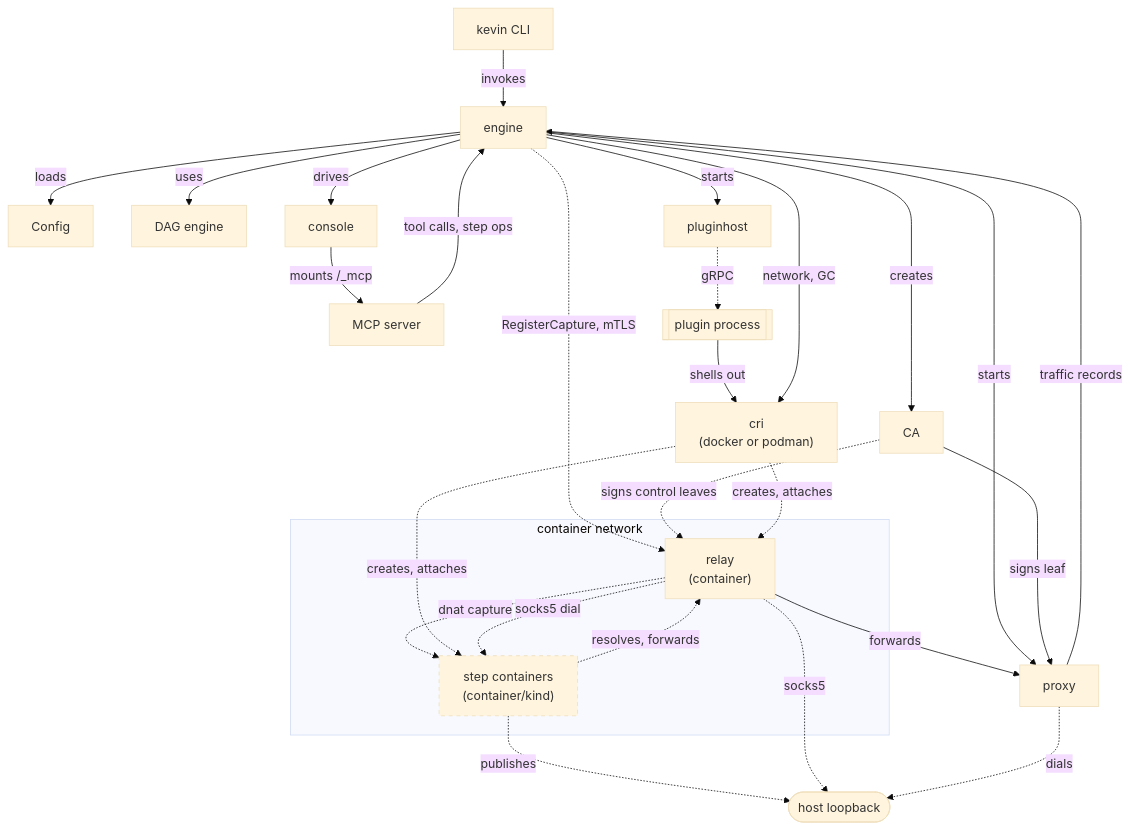
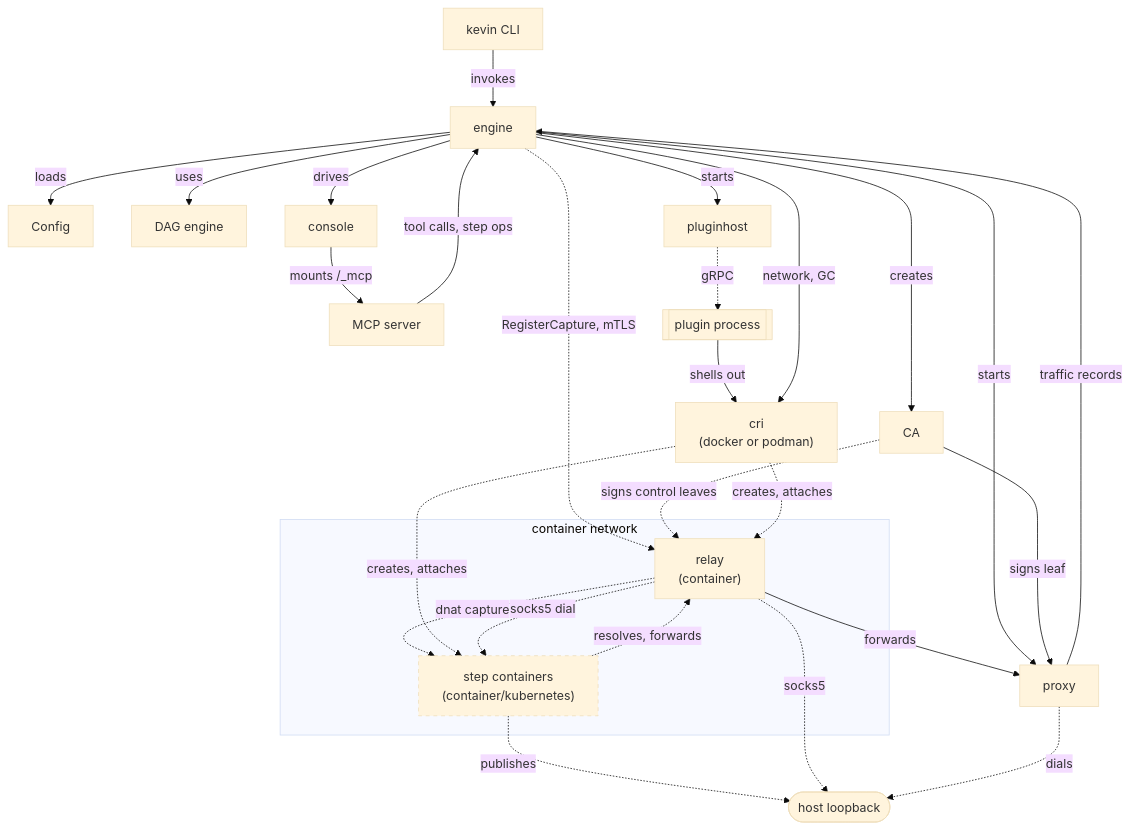
One commit to justenwalker/kevin changed the diagram in docs/site/content/docs/concepts/architecture.md. Above: the diagram before and after it, drawn with Mermaid (base theme). The commit also changed 91 other files, not shown here.

First line of the commit message:
feat(kubernetes): add builtin:kubernetes with a kind driver

````diff
--- a/docs/site/content/docs/concepts/architecture.md
+++ b/docs/site/content/docs/concepts/architecture.md
@@ -12,49 +12,49 @@
 ```mermaid
 graph TD
     CLI["kevin CLI"]
     ENG[engine]
     CFG["Config"]
     DAG["DAG engine"]
     HOST[pluginhost]
     CON[console]
     CA["CA"]
     MCPN[MCP server]
     PLUG[["plugin process"]]
     CRI["cri<br/>(docker or podman)"]
     PROXY[proxy]
     LOOP(["host loopback"])
 
     subgraph DOCKERNET["container network"]
         RELAY["relay<br/>(container)"]
-        STEPC["step containers<br/>(container/kind)"]
+        STEPC["step containers<br/>(container/kubernetes)"]
     end
 
     CLI -->|invokes| ENG
     ENG -->|loads| CFG
     ENG -->|uses| DAG
     ENG -->|starts| HOST
     ENG -->|drives| CON
     ENG -->|creates| CA
     CON -->|mounts /_mcp| MCPN
     MCPN -->|tool calls, step ops| ENG
     HOST -.gRPC.-> PLUG
     PLUG -->|shells out| CRI
     ENG -->|network, GC| CRI
     STEPC -.->|publishes| LOOP
     STEPC -.->|resolves, forwards| RELAY
     RELAY -.->|dnat capture| STEPC
     RELAY -.->|socks5| LOOP
     PROXY -.->|dials| LOOP
     RELAY -->|forwards| PROXY
     ENG -->|starts| PROXY
     ENG -.->|RegisterCapture, mTLS| RELAY
     CA -->|signs leaf| PROXY
     CA -.->|signs control leaves| RELAY
     CRI -.->|creates, attaches| RELAY
     CRI -.->|creates, attaches| STEPC
     RELAY -.->|socks5 dial| STEPC
     PROXY -->|traffic records| ENG
 
     classDef dashedNode stroke-dasharray: 5 5
     class STEPC dashedNode
 ```
````
